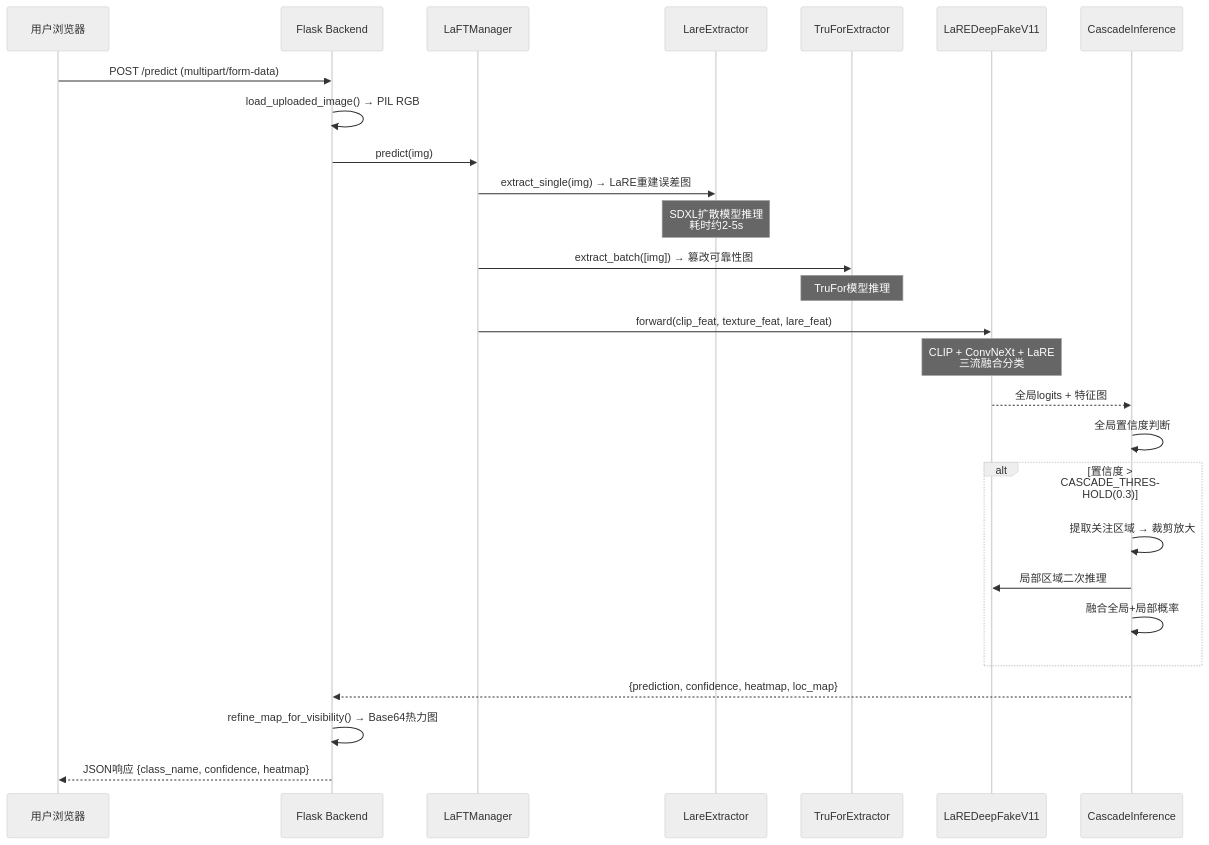
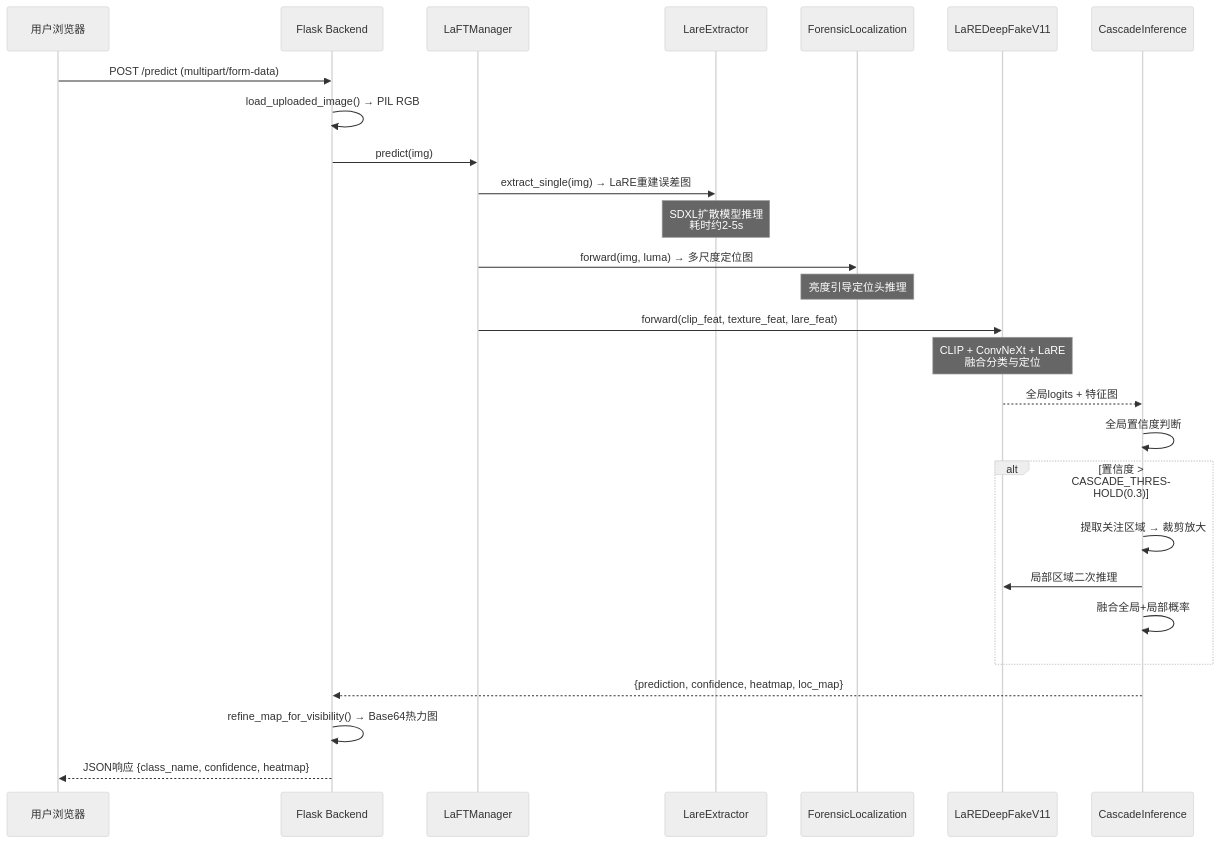
The fourth of 7 diagrams in docs/平台功能架构图.md (sayalinese/LaTF), drawn with Mermaid (neutral theme) before and after one commit. The commit also changed other lines of this file and 83 other files, not shown here.

````diff
--- a/docs/平台功能架构图.md
+++ b/docs/平台功能架构图.md
@@ -236,30 +236,30 @@
 ```mermaid
 sequenceDiagram
     participant U as 用户浏览器
     participant F as Flask Backend
     participant LM as LaFTManager
     participant LE as LareExtractor
-    participant TF as TruForExtractor
+    participant TF as ForensicLocalization
     participant V11 as LaREDeepFakeV11
     participant CI as CascadeInference
 
     U->>F: POST /predict (multipart/form-data)
     F->>F: load_uploaded_image() → PIL RGB
     F->>LM: predict(img)
     LM->>LE: extract_single(img) → LaRE重建误差图
     Note over LE: SDXL扩散模型推理<br/>耗时约2-5s
-    LM->>TF: extract_batch([img]) → 篡改可靠性图
-    Note over TF: TruFor模型推理
+    LM->>TF: forward(img, luma) → 多尺度定位图
+    Note over TF: 亮度引导定位头推理
     LM->>V11: forward(clip_feat, texture_feat, lare_feat)
-    Note over V11: CLIP + ConvNeXt + LaRE<br/>三流融合分类
+    Note over V11: CLIP + ConvNeXt + LaRE<br/>融合分类与定位
     V11-->>CI: 全局logits + 特征图
     CI->>CI: 全局置信度判断
     alt 置信度 > CASCADE_THRESHOLD(0.3)
         CI->>CI: 提取关注区域 → 裁剪放大
         CI->>V11: 局部区域二次推理
         CI->>CI: 融合全局+局部概率
     end
     CI-->>F: {prediction, confidence, heatmap, loc_map}
     F->>F: refine_map_for_visibility() → Base64热力图
     F-->>U: JSON响应 {class_name, confidence, heatmap}
 ```
````
